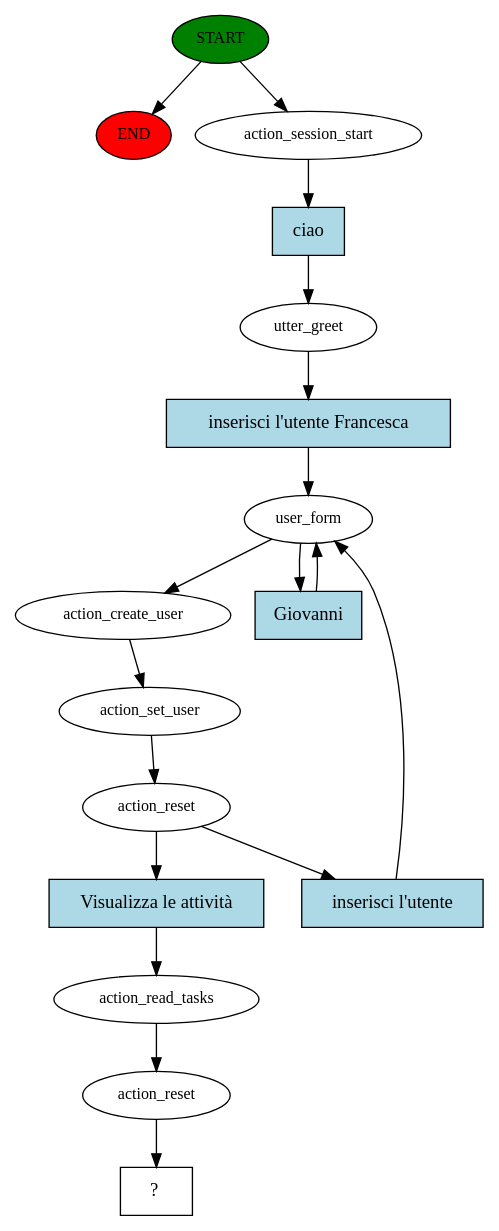
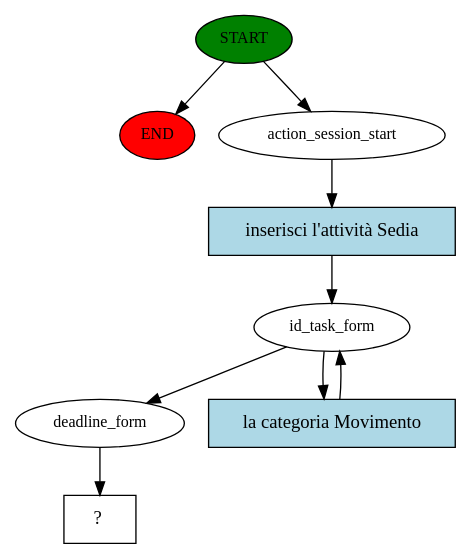
Before and after one commit to ManDrake-hub/ROS_todoList_chatbot: the diagram in story_graph.dot, drawn with Graphviz. The commit also changed 8 other files, not shown here.

```diff
--- a/story_graph.dot
+++ b/story_graph.dot
@@ -1,35 +1,18 @@
 digraph  {
 0 [class="start active", fillcolor=green, fontsize=12, label=START, style=filled];
 "-1" [class=end, fillcolor=red, fontsize=12, label=END, style=filled];
 1 [class=active, fontsize=12, label=action_session_start];
-2 [class=active, fontsize=12, label=utter_greet];
-3 [class=active, fontsize=12, label=user_form];
-4 [class=active, fontsize=12, label=action_create_user];
-5 [class=active, fontsize=12, label=action_set_user];
-6 [class=active, fontsize=12, label=action_reset];
-12 [class=active, fontsize=12, label=action_read_tasks];
-13 [class=active, fontsize=12, label=action_reset];
-14 [class="intent dashed active", label="  ?  ", shape=rect];
-15 [class="intent active", fillcolor=lightblue, label=ciao, shape=rect, style=filled];
-16 [class="intent active", fillcolor=lightblue, label="inserisci l'utente Francesca", shape=rect, style=filled];
-17 [class="intent active", fillcolor=lightblue, label=Giovanni, shape=rect, style=filled];
-18 [class="intent active", fillcolor=lightblue, label="Visualizza le attività", shape=rect, style=filled];
-19 [class="intent active", fillcolor=lightblue, label="inserisci l'utente", shape=rect, style=filled];
+2 [class=active, fontsize=12, label=id_task_form];
+4 [class=active, fontsize=12, label=deadline_form];
+5 [class="intent dashed active", label="  ?  ", shape=rect];
+6 [class="intent active", fillcolor=lightblue, label="inserisci l'attività Sedia", shape=rect, style=filled];
+7 [class="intent active", fillcolor=lightblue, label="la categoria Movimento", shape=rect, style=filled];
 0 -> "-1"  [class="", key=NONE, label=""];
 0 -> 1  [class=active, key=NONE, label=""];
-1 -> 15  [class=active, key=0];
-2 -> 16  [class=active, key=0];
-3 -> 4  [class=active, key=NONE, label=""];
-3 -> 17  [class=active, key=0];
+1 -> 6  [class=active, key=0];
+2 -> 4  [class=active, key=NONE, label=""];
+2 -> 7  [class=active, key=0];
 4 -> 5  [class=active, key=NONE, label=""];
-5 -> 6  [class=active, key=NONE, label=""];
-6 -> 18  [class=active, key=0];
-6 -> 19  [class=active, key=0];
-12 -> 13  [class=active, key=NONE, label=""];
-13 -> 14  [class=active, key=NONE, label=""];
-15 -> 2  [class=active, key=0];
-16 -> 3  [class=active, key=0];
-17 -> 3  [class=active, key=0];
-18 -> 12  [class=active, key=0];
-19 -> 3  [class=active, key=0];
+6 -> 2  [class=active, key=0];
+7 -> 2  [class=active, key=0];
 }
```
